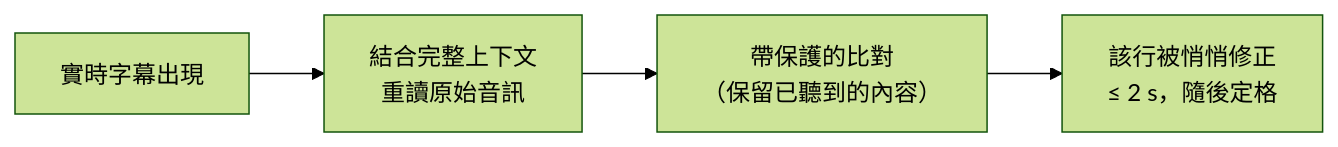
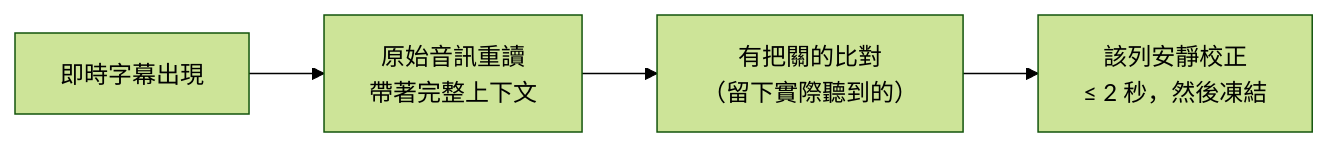
The third of 4 diagrams in README_zh-Hant.md (rpalm01-star/VigilantEarLegal), drawn with Mermaid (forest theme) before and after one commit. The commit also changed other lines of this file and 14 other files, not shown here.

````diff
--- a/README_zh-Hant.md
+++ b/README_zh-Hant.md
@@ -168,4 +187,4 @@
 ```mermaid
 graph LR
-    L["實時字幕出現"] --> K["結合完整上下文<br/>重讀原始音訊"] --> V["帶保護的比對<br/>（保留已聽到的內容）"] --> W["該行被悄悄修正<br/>≤ 2 s，隨後定格"]
+    L["即時字幕出現"] --> K["原始音訊重讀<br/>帶著完整上下文"] --> V["有把關的比對<br/>（留下實際聽到的）"] --> W["該列安靜校正<br/>≤ 2 秒，然後凍結"]
 ```
````
